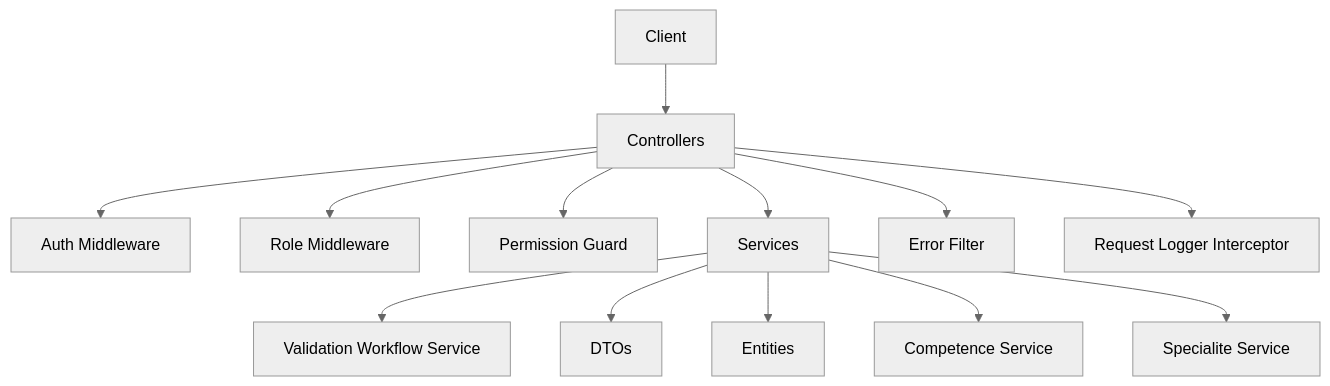
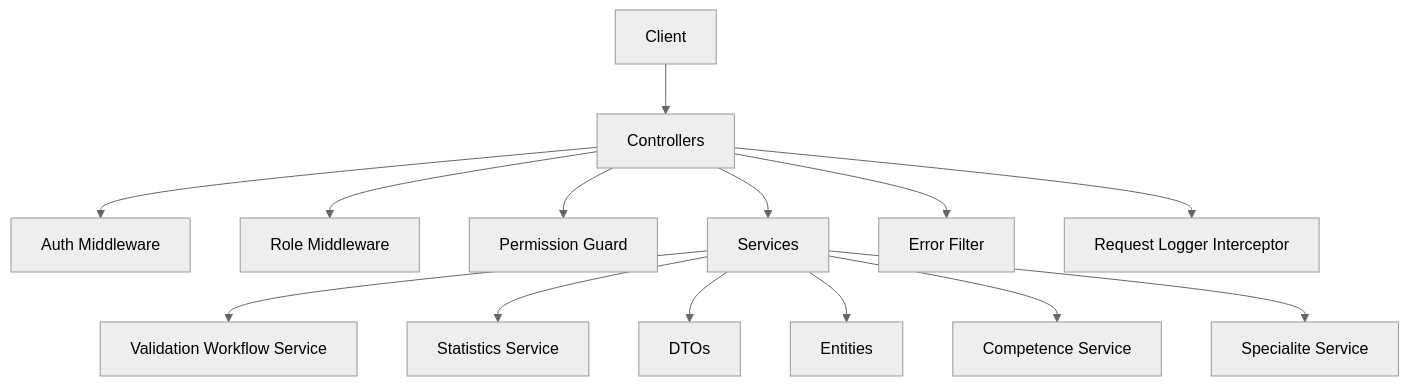
The second of 10 diagrams in .qoder/repowiki/en/content/Backend API Documentation/Academic Management API.md (franckylab/eLISAschool), drawn with Mermaid (neutral theme) before and after one commit. The commit also changed other lines of this file and 95 other files, not shown here.

First line of the commit message:
refactor(architecture): corriger la source de vérité des informations établissement

````diff
--- a/.qoder/repowiki/en/content/Backend API Documentation/Academic Management API.md
+++ b/.qoder/repowiki/en/content/Backend API Documentation/Academic Management API.md
@@ -469,28 +483,30 @@
 ```mermaid
 graph TB
 Client["Client"]
 Ctrl["Controllers"]
 AuthMW["Auth Middleware"]
 RoleMW["Role Middleware"]
 Guard["Permission Guard"]
 Service["Services"]
 ValidationService["Validation Workflow Service"]
+StatsService["Statistics Service"]
 CompetenceService["Competence Service"]
 SpecialiteService["Specialite Service"]
 DTO["DTOs"]
 Entity["Entities"]
 Filter["Error Filter"]
 Interceptor["Request Logger Interceptor"]
 Client --> Ctrl
 Ctrl --> AuthMW
 Ctrl --> RoleMW
 Ctrl --> Guard
 Ctrl --> Service
 Service --> ValidationService
+Service --> StatsService
 Service --> DTO
 Service --> Entity
 Service --> CompetenceService
 Service --> SpecialiteService
 Ctrl --> Filter
 Ctrl --> Interceptor
 ```
````
